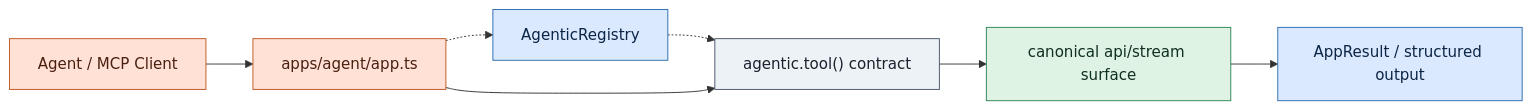
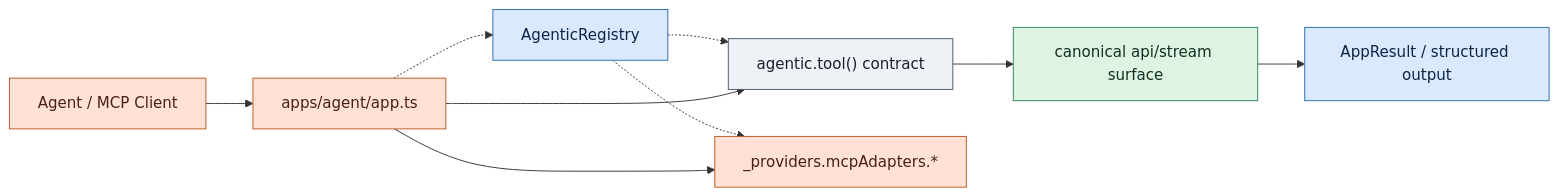
One commit to jhenriquedev/app-protocol changed the fifth of 6 diagrams in docs/architecture.md. Above: the diagram before and after it, drawn with Mermaid. The commit also changed other lines of this file and 100 other files, not shown here.

````diff
--- a/docs/architecture.md
+++ b/docs/architecture.md
@@ -122,14 +122,16 @@
 ```mermaid
 flowchart LR
   agent["Agent / MCP Client"]:::apps --> host["apps/agent/app.ts"]:::apps
   host -.-> registry["AgenticRegistry"]:::core
   registry -.-> tool["agentic.tool() contract"]:::surface
+  registry -.-> provider["_providers.mcpAdapters.*"]:::apps
   host --> tool
+  host --> provider
   tool --> canonical["canonical api/stream surface"]:::cases
   canonical --> result["AppResult / structured output"]:::core
 
   classDef core fill:#dbe9ff,stroke:#2b6cb0,color:#0b2545;
   classDef cases fill:#dff3e4,stroke:#2f855a,color:#0f2f1f;
   classDef surface fill:#edf2f7,stroke:#4a5568,color:#1a202c;
   classDef apps fill:#ffe2d5,stroke:#c05621,color:#4a1f10;
 ```
````
